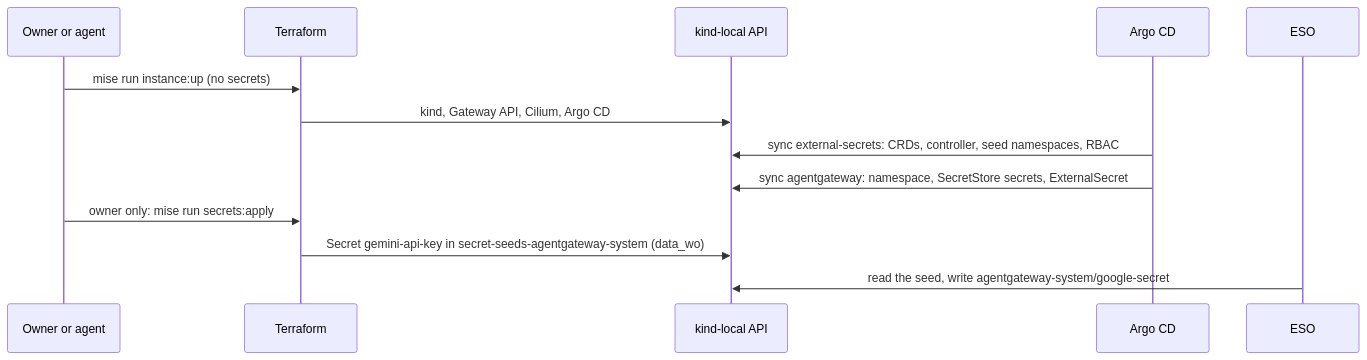
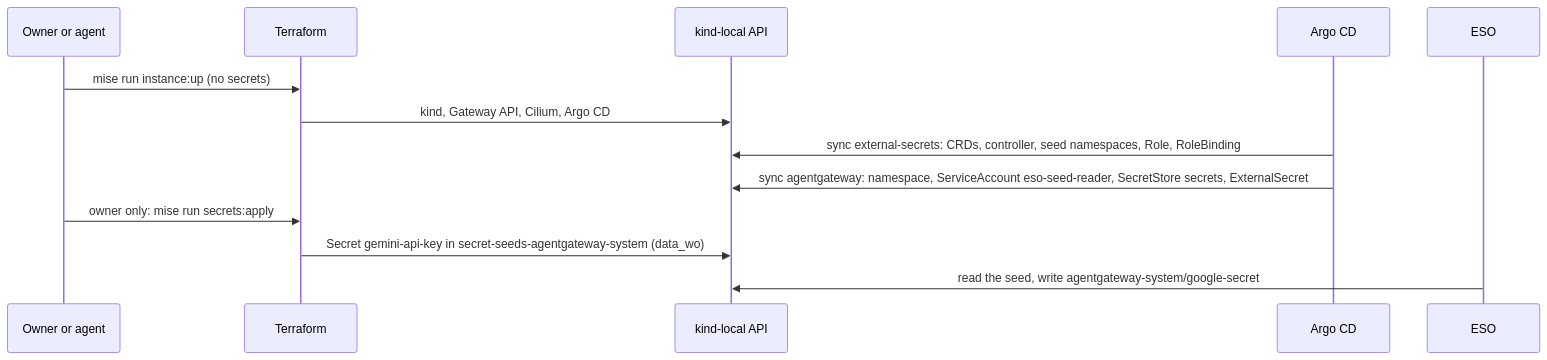
One commit to gsuquet/homelab changed the second of 2 diagrams in docs/records/rfcs/0006-secrets-management.md. Above: the diagram before and after it, drawn with Mermaid. The commit also changed other lines of this file, not shown here.

````diff
--- a/docs/records/rfcs/0006-secrets-management.md
+++ b/docs/records/rfcs/0006-secrets-management.md
@@ -237,15 +237,15 @@
 ```mermaid
 sequenceDiagram
     participant O as Owner or agent
     participant TF as Terraform
     participant K as kind-local API
     participant A as Argo CD
     participant E as ESO
     O->>TF: mise run instance:up (no secrets)
     TF->>K: kind, Gateway API, Cilium, Argo CD
-    A->>K: sync external-secrets: CRDs, controller, seed namespaces, RBAC
-    A->>K: sync agentgateway: namespace, SecretStore secrets, ExternalSecret
+    A->>K: sync external-secrets: CRDs, controller, seed namespaces, Role, RoleBinding
+    A->>K: sync agentgateway: namespace, ServiceAccount eso-seed-reader, SecretStore secrets, ExternalSecret
     O->>TF: owner only: mise run secrets:apply
     TF->>K: Secret gemini-api-key in secret-seeds-agentgateway-system (data_wo)
     E->>K: read the seed, write agentgateway-system/google-secret
 ```
````
